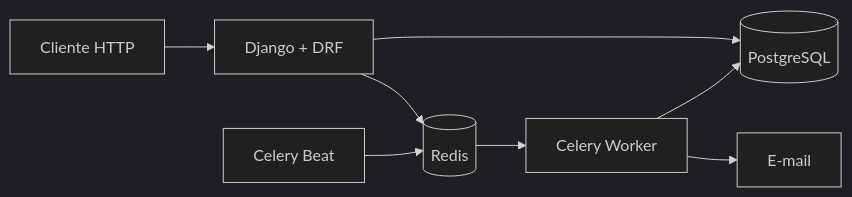
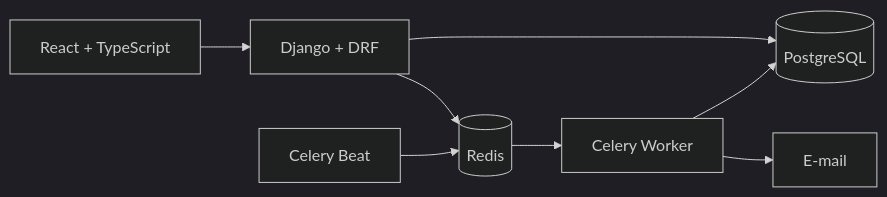
One commit to Silva-D-Romario/Inventario-de-TI changed the diagram in README.md. Above: the diagram before and after it, drawn with Mermaid (dark theme). The commit also changed other lines of this file and 5 other files, not shown here.

````diff
--- a/README.md
+++ b/README.md
@@ -47,10 +54,10 @@
 ```mermaid
 flowchart LR
-    Cliente[Cliente HTTP] --> Django[Django + DRF]
+    Interface[React + TypeScript] --> Django[Django + DRF]
     Django --> PostgreSQL[(PostgreSQL)]
     Django --> Redis[(Redis)]
     Beat[Celery Beat] --> Redis
     Redis --> Worker[Celery Worker]
     Worker --> PostgreSQL
     Worker --> Email[E-mail]
 ```
````
